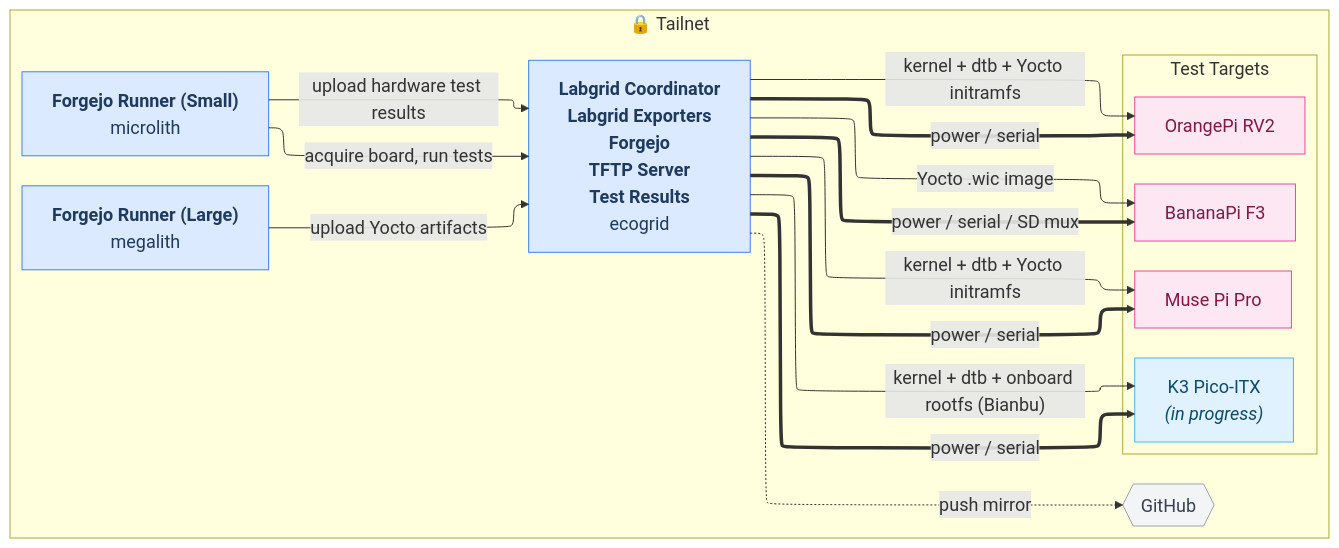
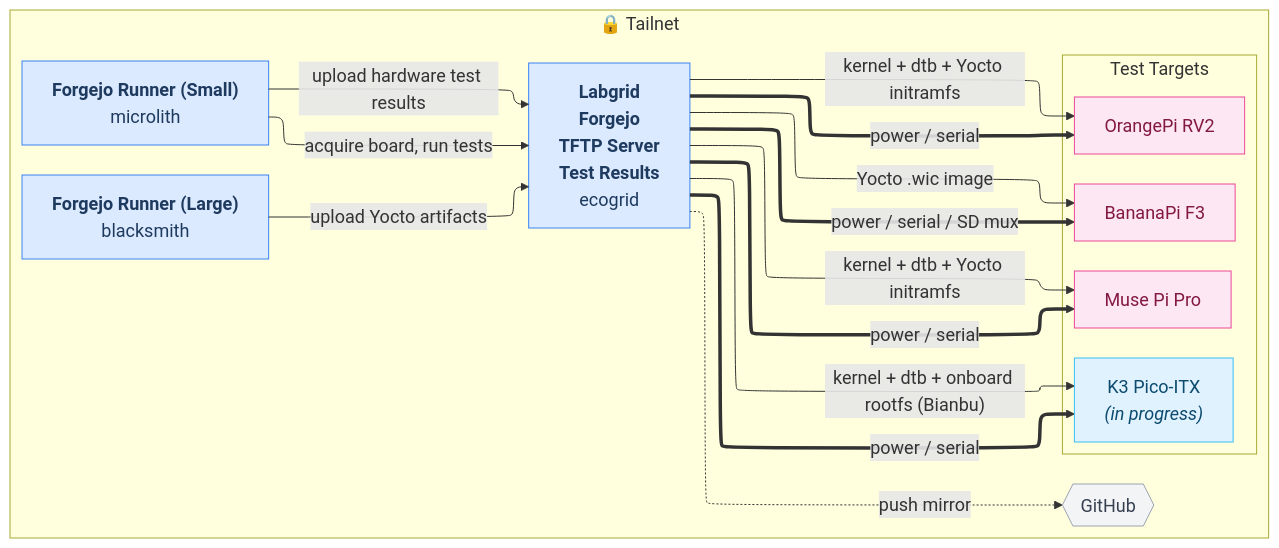
One commit to threexc/boardgarden changed the diagram in docs/network.mmd. Above: the diagram before and after it, drawn with Mermaid. The commit also changed 3 other files, not shown here.

Commit message:
docs: update ecogrid, runner details

```diff
--- a/docs/network.mmd
+++ b/docs/network.mmd
@@ -1,41 +1,41 @@
 %%{init: {"theme": "default", "flowchart": {"htmlLabels": true, "nodeSpacing": 30, "rankSpacing": 60, "defaultRenderer": "elk"}, "themeVariables": {"fontSize": "18px", "fontFamily": "Liberation Sans"}} }%%
 flowchart LR
   subgraph tailnet["🔒 Tailnet"]
-    ecogrid["<b>Labgrid Coordinator</b><br/><b>Labgrid Exporters</b><br/><b>Forgejo</b><br/><b>TFTP Server</b><br/><b>Test Results</b><br/>ecogrid"]
-    runner1["<b>Forgejo Runner (Large)</b><br/>megalith"]
+    ecogrid["<b>Labgrid</b><br/><b>Forgejo</b><br/><b>TFTP Server</b><br/><b>Test Results</b><br/>ecogrid"]
+    runner1["<b>Forgejo Runner (Large)</b><br/>blacksmith"]
     runner2["<b>Forgejo Runner (Small)</b><br/>microlith"]
     github{{"GitHub"}}
     subgraph boards["Test Targets"]
       direction TB
       board_1["BananaPi F3"]
       board_2["Muse Pi Pro"]
       board_3["OrangePi RV2"]
       board_4["K3 Pico-ITX<br/><i>(in progress)</i>"]
     end
   end
 
   %% ── Hosted-on relationships ──
 
   %% ── Links ──
   ecogrid ==>|"power / serial / SD mux"| board_1
   ecogrid ==>|"power / serial"| board_2
   ecogrid ==>|"power / serial"| board_3
   ecogrid ==>|"power / serial"| board_4
   ecogrid -..->|"push mirror"| github
   runner1 -->|"upload Yocto artifacts"| ecogrid
   runner2 -->|"acquire board, run tests"| ecogrid
   runner2 -->|"upload hardware test results"| ecogrid
   ecogrid -->|"Yocto .wic image"| board_1
   ecogrid -->|"kernel + dtb + Yocto initramfs"| board_2
   ecogrid -->|"kernel + dtb + Yocto initramfs"| board_3
   ecogrid -->|"kernel + dtb + onboard rootfs (Bianbu)"| board_4
 
   %% ── Styles ──
   classDef machine fill:#dbeafe,stroke:#3b82f6,color:#1e3a5f
   class ecogrid,runner1,runner2 machine
   classDef external fill:#f3f4f6,stroke:#9ca3af,color:#374151
   class github external
   classDef board fill:#fce7f3,stroke:#ec4899,color:#831843
   class board_1,board_2,board_3 board
   classDef board_in_progress fill:#e0f2fe,stroke:#38bdf8,color:#0c4a6e
   class board_4 board_in_progress
```
